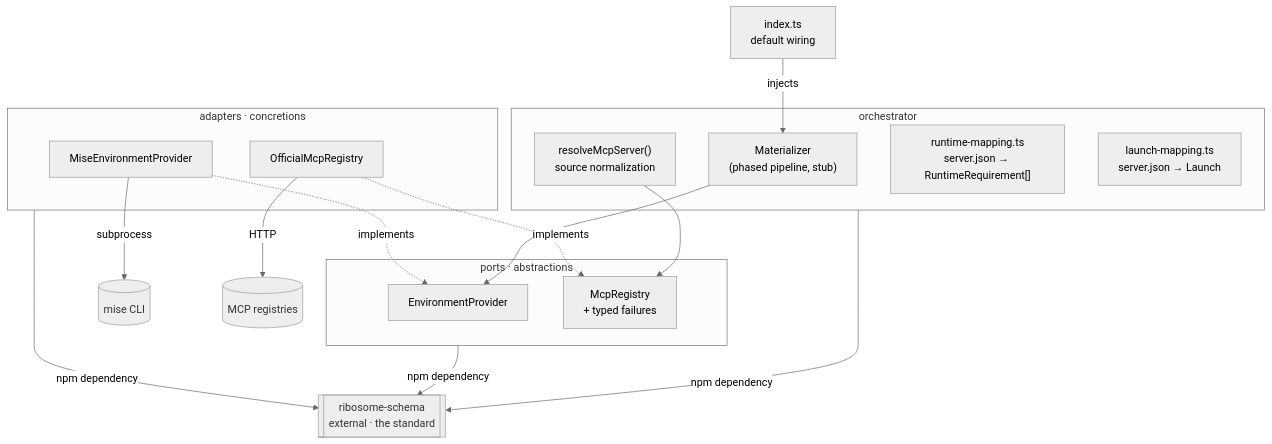
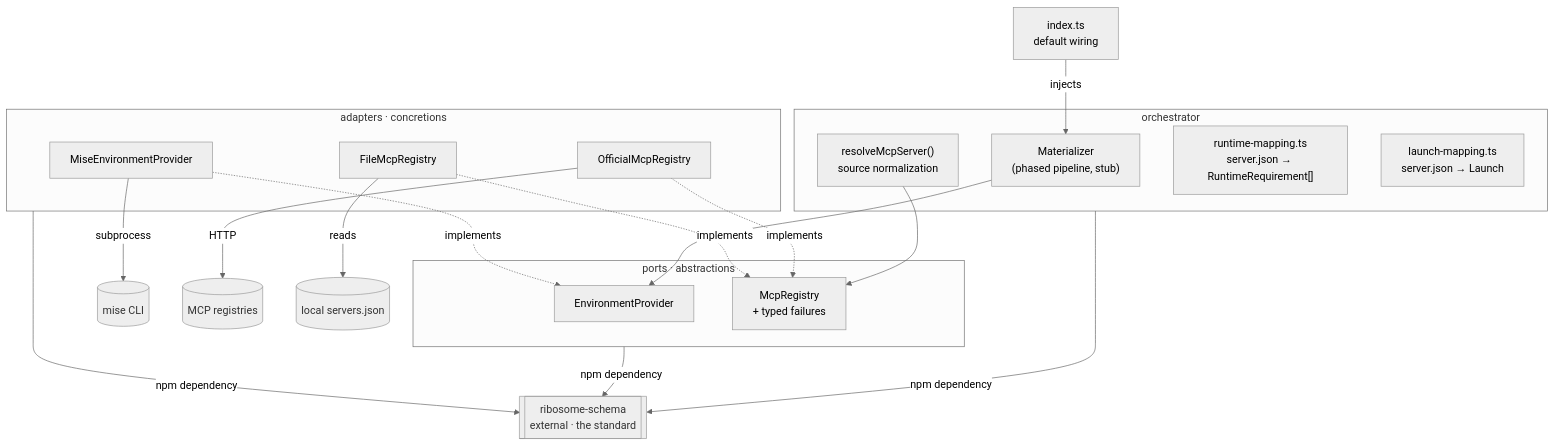
The second of 3 diagrams in docs/ARCHITECTURE.md (medullaflow/ribosome), drawn with Mermaid (neutral theme) before and after one commit. The commit also changed other lines of this file and 4 other files, not shown here.

First line of the commit message:
feat(registry): add a local/offline filesystem registry adapter

````diff
--- a/docs/ARCHITECTURE.md
+++ b/docs/ARCHITECTURE.md
@@ -62,35 +62,39 @@
 ```mermaid
 flowchart TD
     IDX["index.ts<br/>default wiring"]
     subgraph ORCH["orchestrator"]
       MAT["Materializer<br/>(phased pipeline, stub)"]
       RESOLVE["resolveMcpServer()<br/>source normalization"]
       RTMAP["runtime-mapping.ts<br/>server.json → RuntimeRequirement[]"]
       LAUNCH["launch-mapping.ts<br/>server.json → Launch"]
     end
     subgraph PORTS["ports · abstractions"]
       EP["EnvironmentProvider"]
       MR["McpRegistry<br/>+ typed failures"]
     end
     subgraph ADAPT["adapters · concretions"]
       MISEA["MiseEnvironmentProvider"]
       REGA["OfficialMcpRegistry"]
+      FILEA["FileMcpRegistry"]
     end
     SCHEMA[["ribosome-schema<br/>external · the standard"]]
     MISECLI[("mise CLI")]
     REGAPI[("MCP registries")]
+    LOCALFILE[("local servers.json")]
 
     IDX -->|injects| MAT
     MAT --> EP
     RESOLVE --> MR
     MISEA -. implements .-> EP
     REGA -. implements .-> MR
+    FILEA -. implements .-> MR
     MISEA -->|subprocess| MISECLI
     REGA -->|HTTP| REGAPI
+    FILEA -->|reads| LOCALFILE
     ORCH -->|npm dependency| SCHEMA
     PORTS -->|npm dependency| SCHEMA
     ADAPT -->|npm dependency| SCHEMA
 
     classDef ext fill:#eee,stroke:#999,color:#333;
-    class SCHEMA,MISECLI,REGAPI ext;
+    class SCHEMA,MISECLI,REGAPI,LOCALFILE ext;
 ```
````
